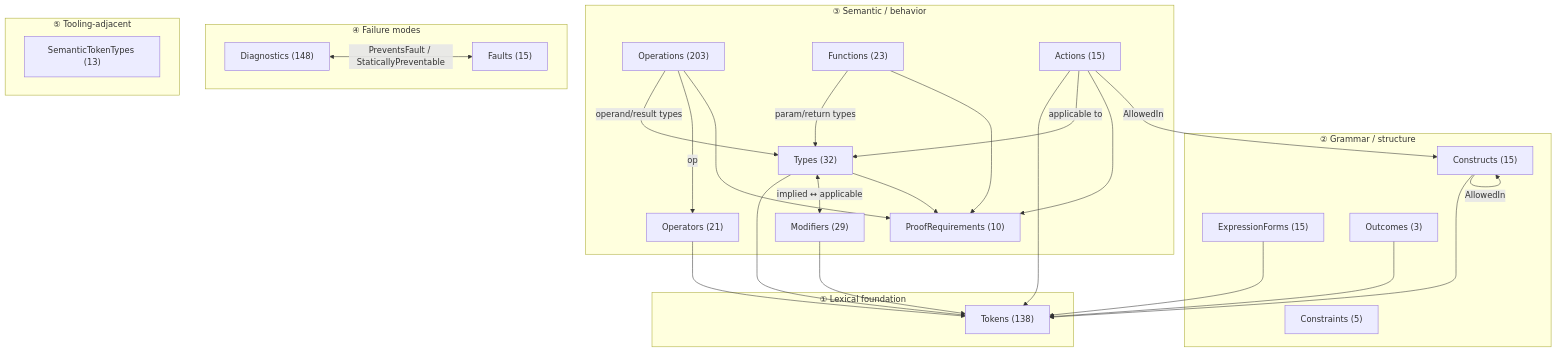
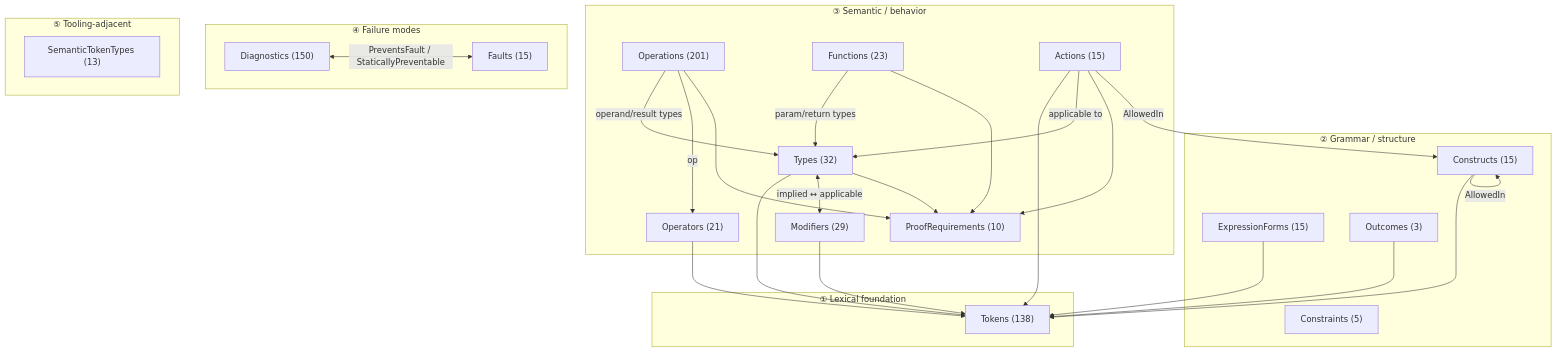
One commit to sfalik/Precept changed the first of 6 diagrams in docs/language/catalog-system.md. Above: the diagram before and after it, drawn with Mermaid. The commit also changed other lines of this file and 17 other files, not shown here.

````diff
--- a/docs/language/catalog-system.md
+++ b/docs/language/catalog-system.md
@@ -264,61 +264,61 @@
 ```mermaid
 flowchart TB
     subgraph L1["① Lexical foundation"]
         Tokens["Tokens (138)"]
     end
 
     subgraph L2["② Grammar / structure"]
         Constructs["Constructs (15)"]
         ExpressionForms["ExpressionForms (15)"]
         Outcomes["Outcomes (3)"]
         Constraints["Constraints (5)"]
     end
 
     subgraph L3["③ Semantic / behavior"]
         Types["Types (32)"]
         Operators["Operators (21)"]
-        Operations["Operations (203)"]
+        Operations["Operations (201)"]
         Functions["Functions (23)"]
         Modifiers["Modifiers (29)"]
         Actions["Actions (15)"]
         ProofRequirements["ProofRequirements (10)"]
     end
 
     subgraph L4["④ Failure modes"]
-        Diagnostics["Diagnostics (148)"]
+        Diagnostics["Diagnostics (150)"]
         Faults["Faults (15)"]
     end
 
     subgraph L5["⑤ Tooling-adjacent"]
         SemanticTokenTypes["SemanticTokenTypes (13)"]
     end
 
     %% Seven catalogs anchor to Tokens
     Types       --> Tokens
     Operators   --> Tokens
     Modifiers   --> Tokens
     Actions     --> Tokens
     Constructs  --> Tokens
     ExpressionForms --> Tokens
     Outcomes    --> Tokens
 
     %% Semantic wiring
     Functions  -->|param/return types| Types
     Operations -->|operand/result types| Types
     Operations -->|op| Operators
     Actions    -->|applicable to| Types
     Types     <-->|"implied ↔ applicable"| Modifiers
 
     %% Proof obligations
     Types      --> ProofRequirements
     Functions  --> ProofRequirements
     Operations --> ProofRequirements
     Actions    --> ProofRequirements
 
     %% Grammar nesting
     Actions    -->|AllowedIn| Constructs
     Constructs -->|AllowedIn| Constructs
 
     %% Failure link
     Diagnostics <-->|"PreventsFault / StaticallyPreventable"| Faults
 ```
````
